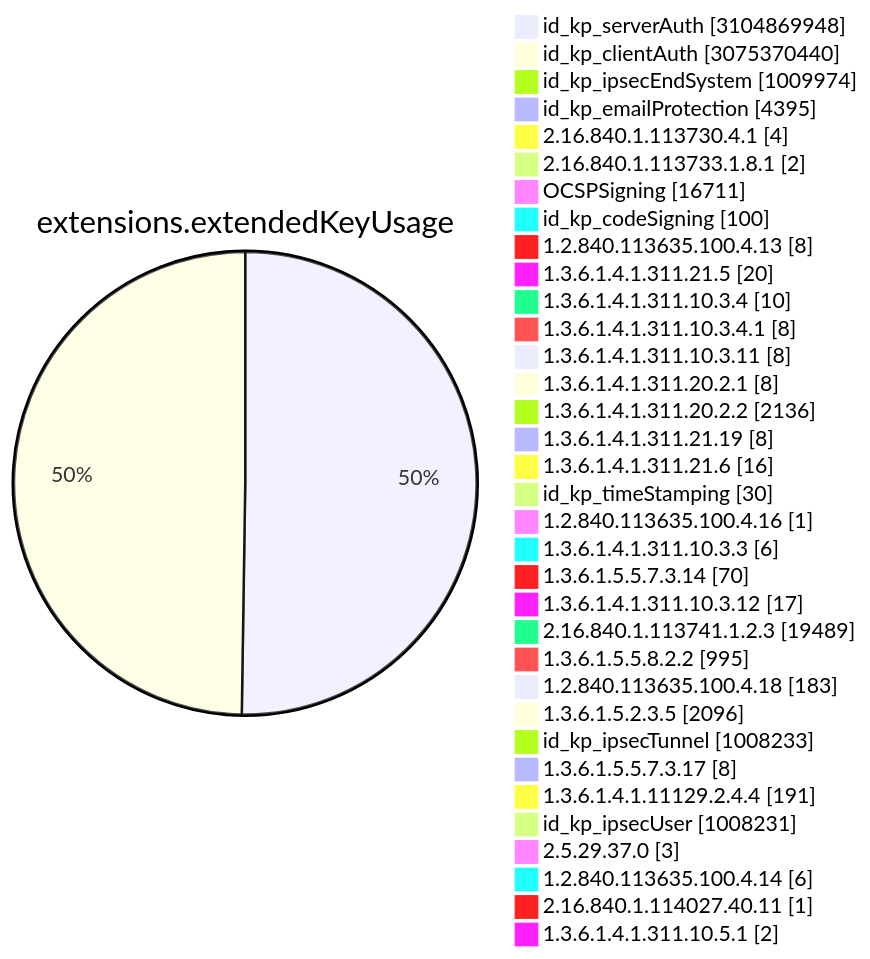
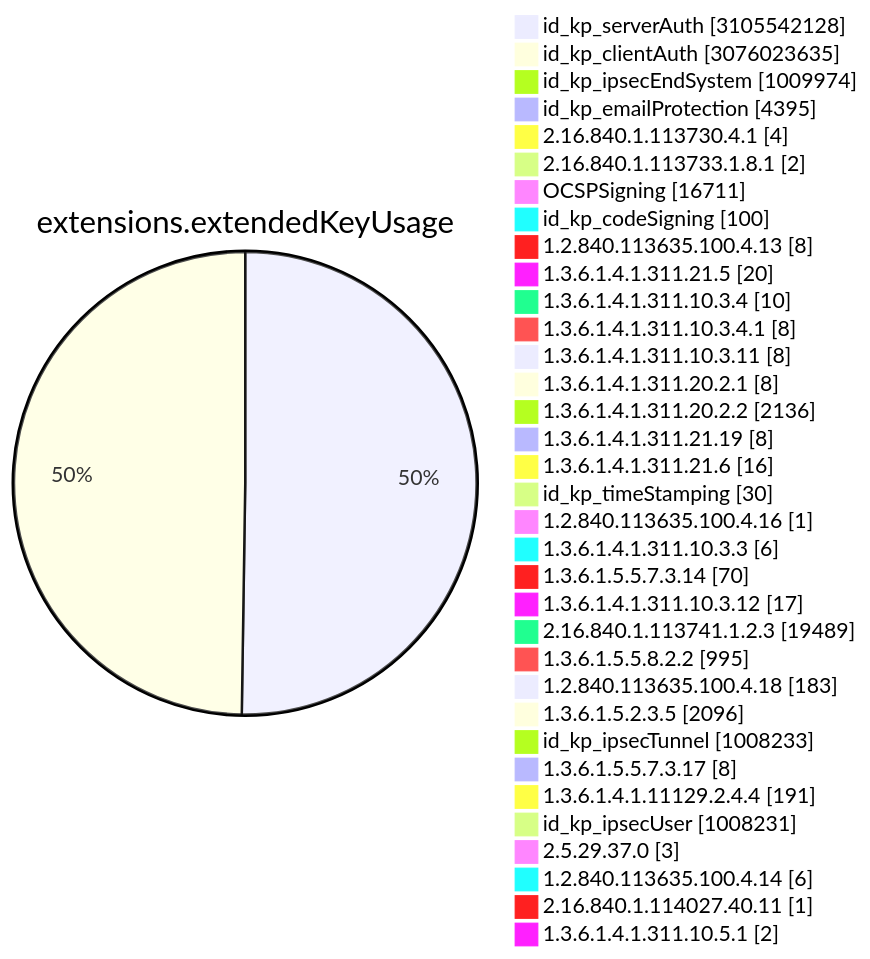
Before and after one commit to christiankrug/ctmonitor_visualization: diagram 11 of 15 in TOTAL/README.md, drawn with Mermaid. The commit also changed other lines of this file, not shown here.

````diff
--- a/TOTAL/README.md
+++ b/TOTAL/README.md
@@ -4119,38 +4119,38 @@
 ```mermaid
 pie showData
 title extensions.extendedKeyUsage
-"id_kp_serverAuth" :3104869948
-"id_kp_clientAuth" :3075370440
+"id_kp_serverAuth" :3105542128
+"id_kp_clientAuth" :3076023635
 "id_kp_ipsecEndSystem" :1009974
 "id_kp_emailProtection" :4395
 "2.16.840.1.113730.4.1" :4
 "2.16.840.1.113733.1.8.1" :2
 "OCSPSigning" :16711
 "id_kp_codeSigning" :100
 "1.2.840.113635.100.4.13" :8
 "1.3.6.1.4.1.311.21.5" :20
 "1.3.6.1.4.1.311.10.3.4" :10
 "1.3.6.1.4.1.311.10.3.4.1" :8
 "1.3.6.1.4.1.311.10.3.11" :8
 "1.3.6.1.4.1.311.20.2.1" :8
 "1.3.6.1.4.1.311.20.2.2" :2136
 "1.3.6.1.4.1.311.21.19" :8
 "1.3.6.1.4.1.311.21.6" :16
 "id_kp_timeStamping" :30
 "1.2.840.113635.100.4.16" :1
 "1.3.6.1.4.1.311.10.3.3" :6
 "1.3.6.1.5.5.7.3.14" :70
 "1.3.6.1.4.1.311.10.3.12" :17
 "2.16.840.1.113741.1.2.3" :19489
 "1.3.6.1.5.5.8.2.2" :995
 "1.2.840.113635.100.4.18" :183
 "1.3.6.1.5.2.3.5" :2096
 "id_kp_ipsecTunnel" :1008233
 "1.3.6.1.5.5.7.3.17" :8
 "1.3.6.1.4.1.11129.2.4.4" :191
 "id_kp_ipsecUser" :1008231
 "2.5.29.37.0" :3
 "1.2.840.113635.100.4.14" :6
 "2.16.840.1.114027.40.11" :1
 "1.3.6.1.4.1.311.10.5.1" :2
 ```
````
